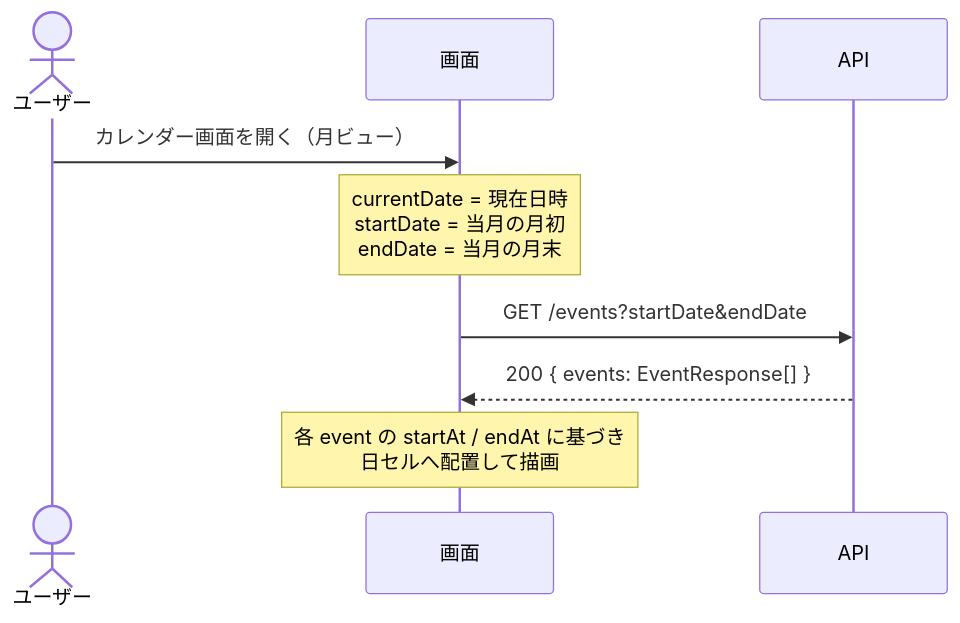
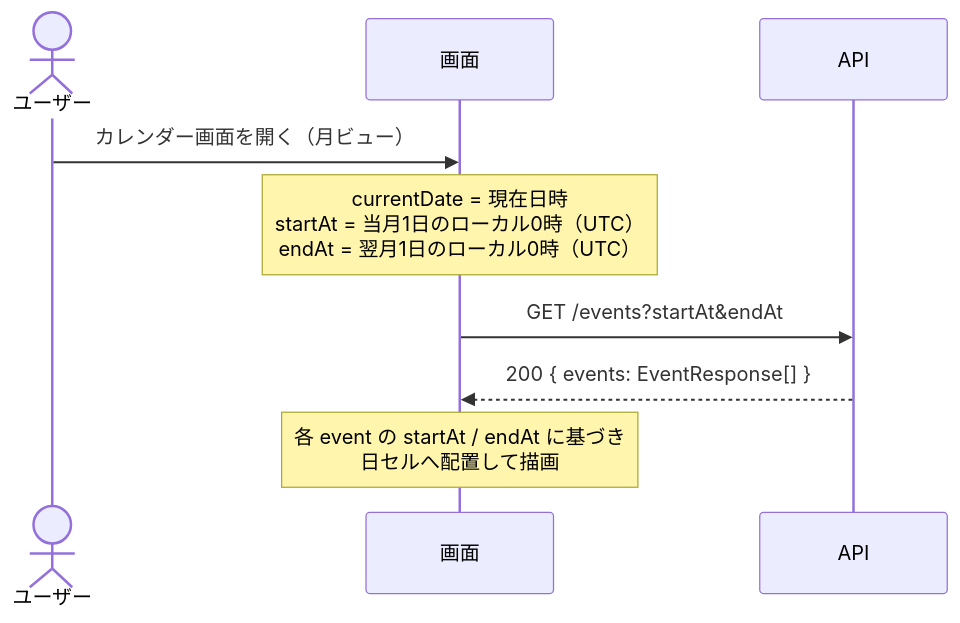
Before and after one commit to Haya372/ai-trial: the first of 5 diagrams in docs/spec/SPEC-002-calendar-view.md, drawn with Mermaid. The commit also changed other lines of this file and 1 other file, not shown here.

Commit message:
docs: Update GET /events query to UTC datetime range in SPEC-002

````diff
--- a/docs/spec/SPEC-002-calendar-view.md
+++ b/docs/spec/SPEC-002-calendar-view.md
@@ -141,11 +144,11 @@
 ```mermaid
 sequenceDiagram
     actor User as ユーザー
     participant UI as 画面
     participant API as API
     User->>UI: カレンダー画面を開く（月ビュー）
-    Note over UI: currentDate = 現在日時<br/>startDate = 当月の月初<br/>endDate = 当月の月末
-    UI->>API: GET /events?startDate&endDate
+    Note over UI: currentDate = 現在日時<br/>startAt = 当月1日のローカル0時（UTC）<br/>endAt = 翌月1日のローカル0時（UTC）
+    UI->>API: GET /events?startAt&endAt
     API-->>UI: 200 { events: EventResponse[] }
     Note over UI: 各 event の startAt / endAt に基づき<br/>日セルへ配置して描画
 ```
````
